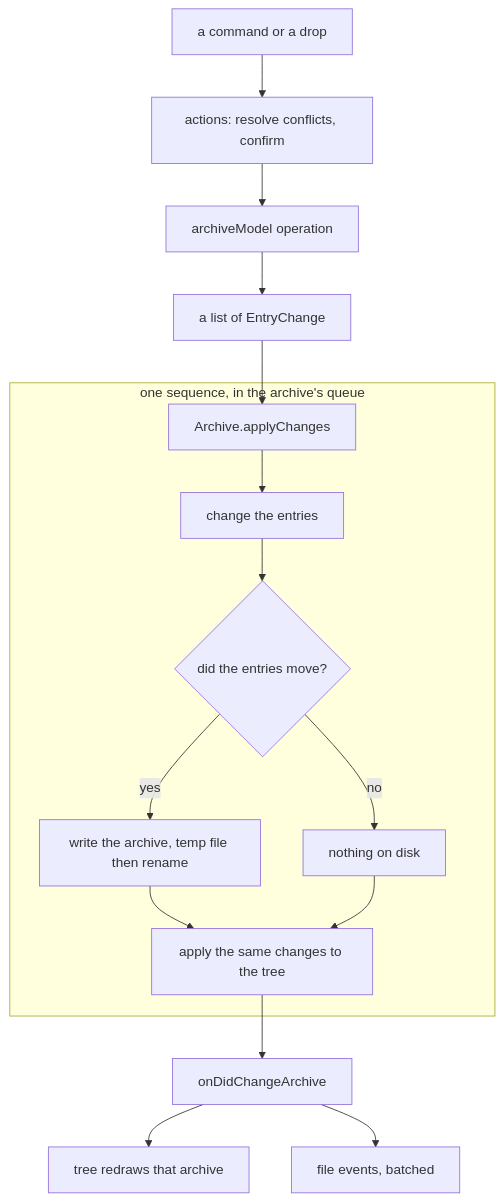
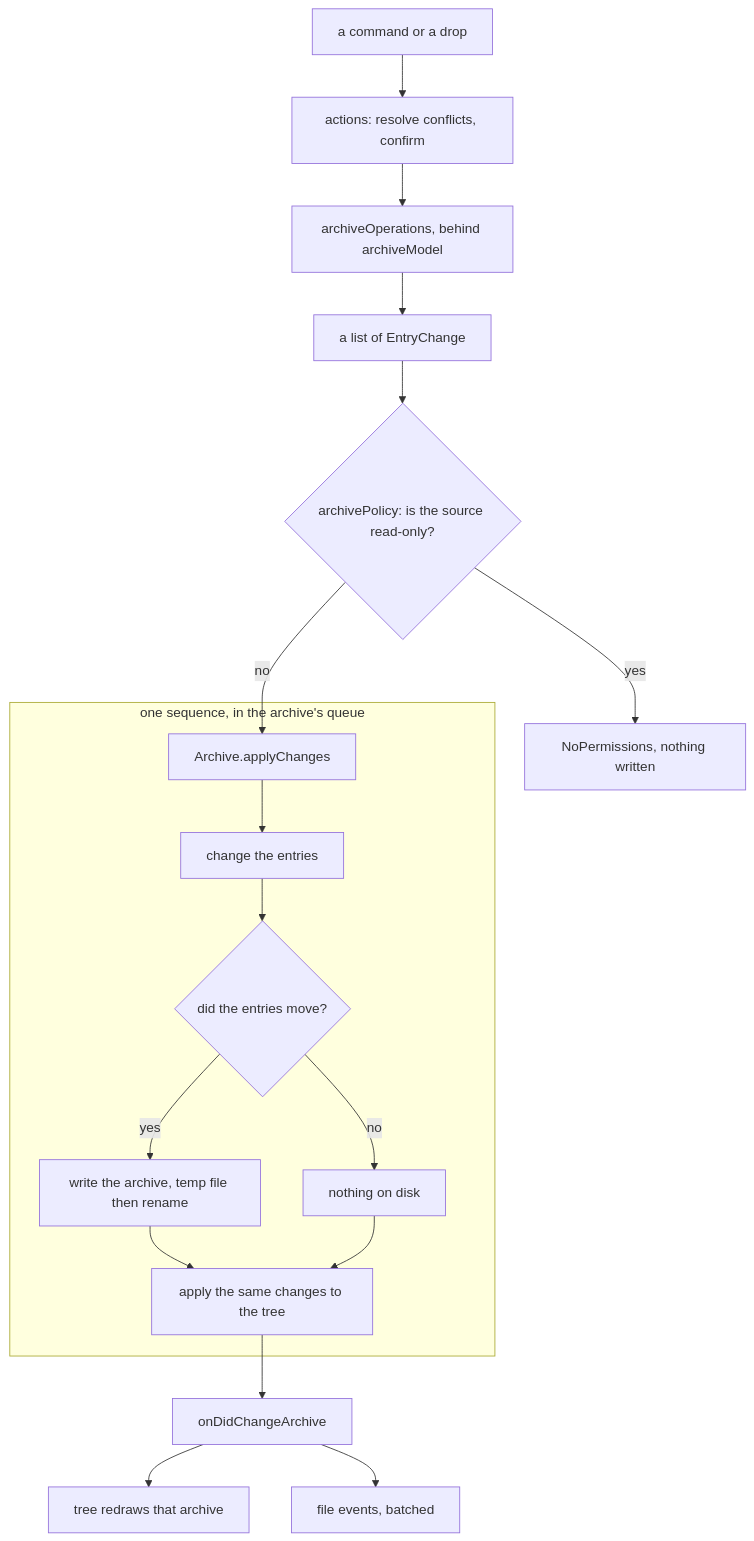
The fifth of 6 diagrams in docs/architecture.md (max-bronner/bigfs), drawn with Mermaid before and after one commit. The commit also changed other lines of this file and 8 other files, not shown here.

````diff
--- a/docs/architecture.md
+++ b/docs/architecture.md
@@ -268,20 +268,22 @@
 ```mermaid
 flowchart TD
   CMD["a command or a drop"] --> ACT["actions: resolve conflicts, confirm"]
-  ACT --> OP["archiveModel operation"]
+  ACT --> OP["archiveOperations, behind archiveModel"]
   OP --> PLAN["a list of EntryChange"]
-  PLAN --> APPLY["Archive.applyChanges"]
+  PLAN --> POLICY{"archivePolicy: is the source read-only?"}
+  POLICY -->|yes| DENY["NoPermissions, nothing written"]
+  POLICY -->|no| APPLY["Archive.applyChanges"]
 
   subgraph runner["one sequence, in the archive's queue"]
     APPLY --> ENT["change the entries"]
     ENT --> NEED{"did the entries move?"}
     NEED -->|yes| WRITE["write the archive, temp file then rename"]
     NEED -->|no| SKIP["nothing on disk"]
     WRITE --> TREE["apply the same changes to the tree"]
     SKIP --> TREE
   end
 
   TREE --> EVENT["onDidChangeArchive"]
   EVENT --> TDP["tree redraws that archive"]
   EVENT --> FSP["file events, batched"]
 ```
````
